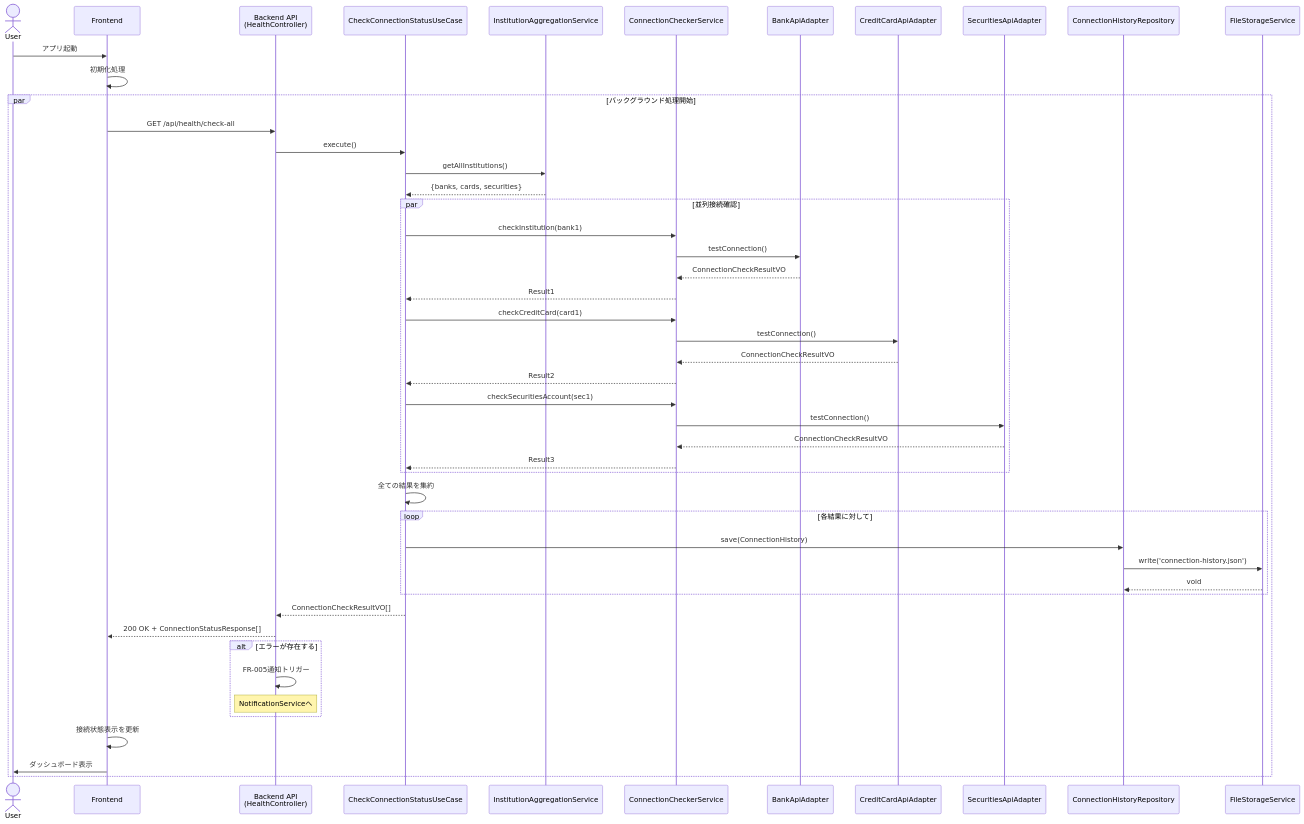
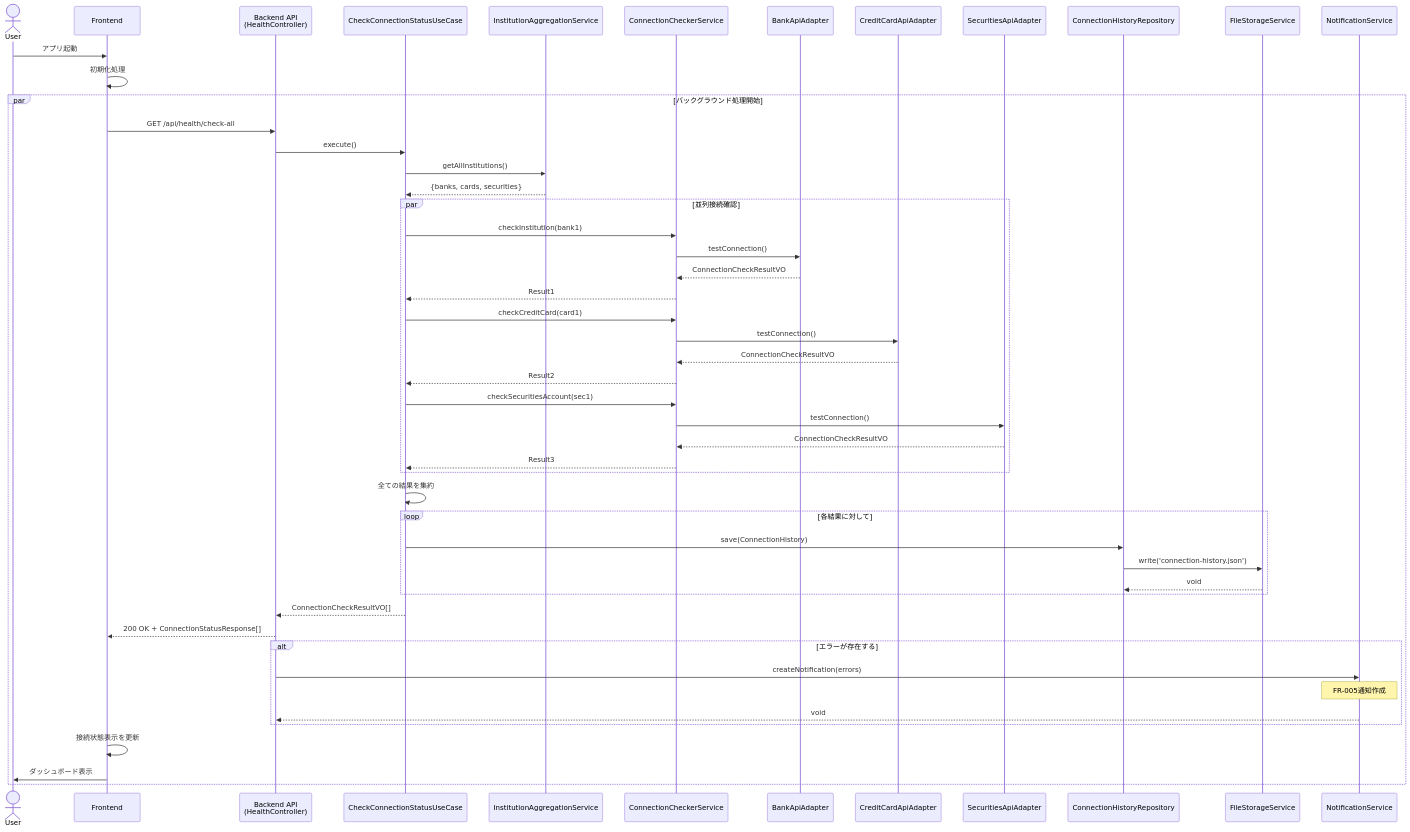
Before and after one commit to kencom2400/account-book: the fourth of 10 diagrams in docs/detailed-design/FR-001-005_institution-integration/sequence-diagrams.md, drawn with Mermaid. The commit also changed 4 other files, not shown here.

````diff
--- a/docs/detailed-design/FR-001-005_institution-integration/sequence-diagrams.md
+++ b/docs/detailed-design/FR-001-005_institution-integration/sequence-diagrams.md
@@ -220,61 +220,62 @@
 ```mermaid
 sequenceDiagram
     actor User
     participant UI as Frontend
     participant API as Backend API<br/>(HealthController)
     participant UC as CheckConnectionStatusUseCase
     participant Aggregation as InstitutionAggregationService
     participant Checker as ConnectionCheckerService
     participant BankAPI as BankApiAdapter
     participant CardAPI as CreditCardApiAdapter
     participant SecAPI as SecuritiesApiAdapter
     participant HistoryRepo as ConnectionHistoryRepository
     participant Storage as FileStorageService
 
     User->>UI: アプリ起動
     UI->>UI: 初期化処理
 
     par バックグラウンド処理開始
         UI->>API: GET /api/health/check-all
 
         API->>UC: execute()
         UC->>Aggregation: getAllInstitutions()
         Aggregation-->>UC: {banks, cards, securities}
 
         par 並列接続確認
             UC->>Checker: checkInstitution(bank1)
             Checker->>BankAPI: testConnection()
             BankAPI-->>Checker: ConnectionCheckResultVO
             Checker-->>UC: Result1
 
             UC->>Checker: checkCreditCard(card1)
             Checker->>CardAPI: testConnection()
             CardAPI-->>Checker: ConnectionCheckResultVO
             Checker-->>UC: Result2
 
             UC->>Checker: checkSecuritiesAccount(sec1)
             Checker->>SecAPI: testConnection()
             SecAPI-->>Checker: ConnectionCheckResultVO
             Checker-->>UC: Result3
         end
 
         UC->>UC: 全ての結果を集約
 
         loop 各結果に対して
             UC->>HistoryRepo: save(ConnectionHistory)
             HistoryRepo->>Storage: write('connection-history.json')
             Storage-->>HistoryRepo: void
         end
 
         UC-->>API: ConnectionCheckResultVO[]
         API-->>UI: 200 OK + ConnectionStatusResponse[]
 
         alt エラーが存在する
-            API->>API: FR-005通知トリガー
-            Note over API: NotificationServiceへ
+            API->>NotificationService: createNotification(errors)
+            Note over NotificationService: FR-005通知作成
+            NotificationService-->>API: void
         end
 
         UI->>UI: 接続状態表示を更新
         UI->>User: ダッシュボード表示
     end
 ```
````
